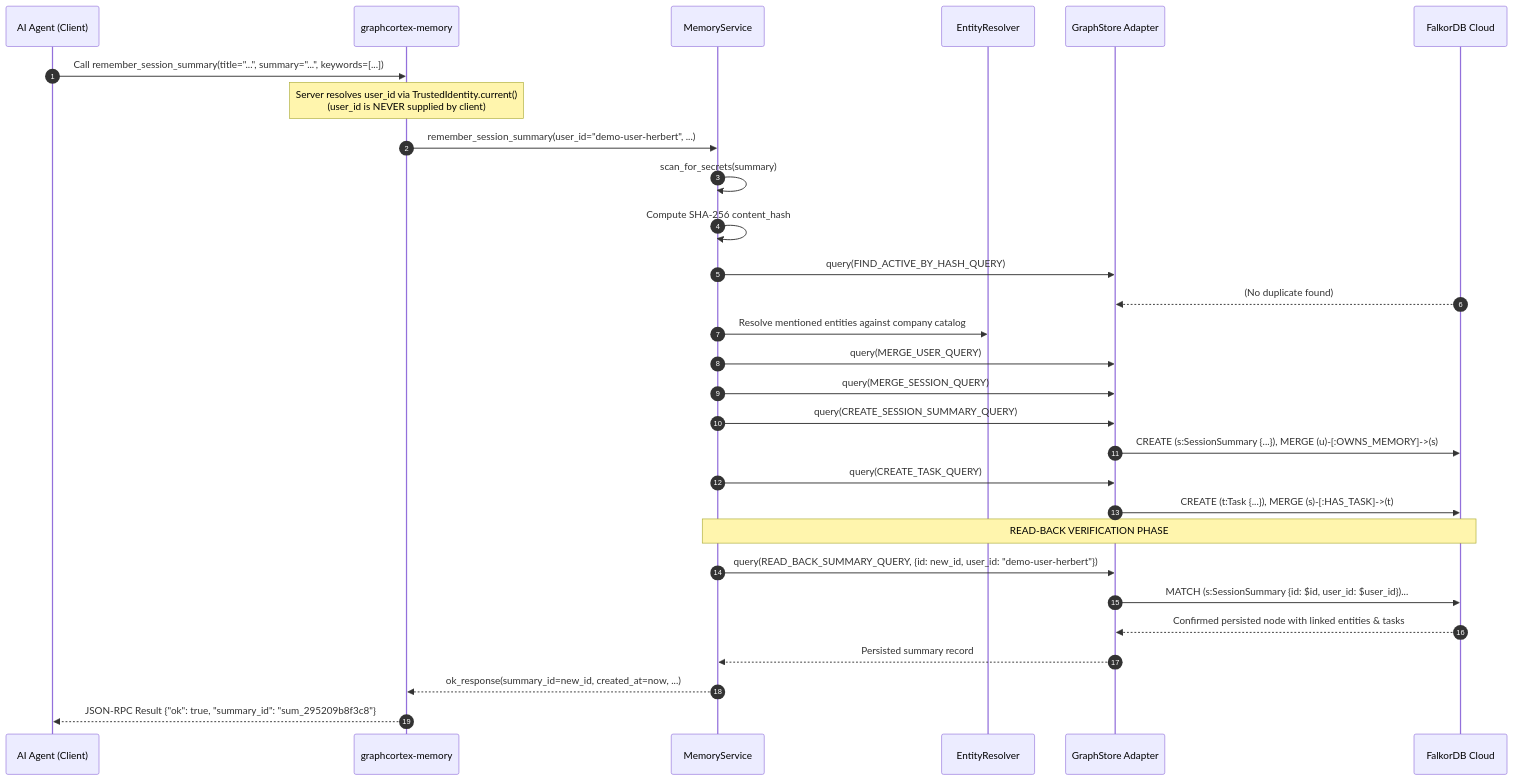
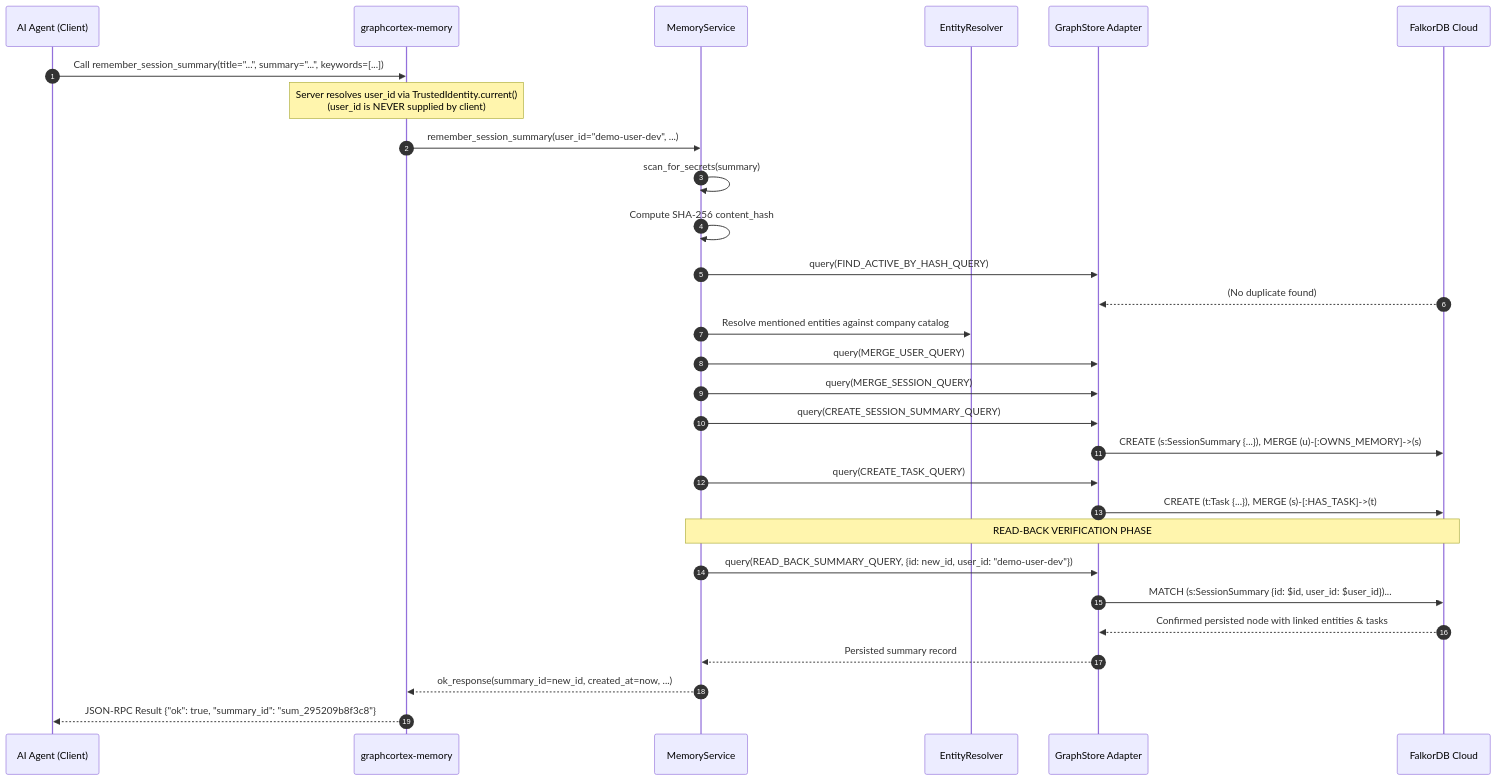
The third of 5 diagrams in ARCHITECTURE_CODE_FLOW.md (herbert-bevan/graph-cortex), drawn with Mermaid before and after one commit. The commit also changed other lines of this file and 13 other files, not shown here.

````diff
--- a/ARCHITECTURE_CODE_FLOW.md
+++ b/ARCHITECTURE_CODE_FLOW.md
@@ -534,34 +534,34 @@
 ```mermaid
 sequenceDiagram
   autonumber
   participant Agent as AI Agent (Client)
   participant MCP as graphcortex-memory
   participant Svc as MemoryService
   participant Resolver as EntityResolver
   participant Store as GraphStore Adapter
   participant DB as FalkorDB Cloud
 
   Agent->>MCP: Call remember_session_summary(title="...", summary="...", keywords=[...])
   Note over MCP: Server resolves user_id via TrustedIdentity.current()<br/>(user_id is NEVER supplied by client)
-  MCP->>Svc: remember_session_summary(user_id="demo-user-herbert", ...)
+  MCP->>Svc: remember_session_summary(user_id="demo-user-dev", ...)
   Svc->>Svc: scan_for_secrets(summary)
   Svc->>Svc: Compute SHA-256 content_hash
   Svc->>Store: query(FIND_ACTIVE_BY_HASH_QUERY)
   DB-->>Store: (No duplicate found)
   Svc->>Resolver: Resolve mentioned entities against company catalog
   Svc->>Store: query(MERGE_USER_QUERY)
   Svc->>Store: query(MERGE_SESSION_QUERY)
   Svc->>Store: query(CREATE_SESSION_SUMMARY_QUERY)
   Store->>DB: CREATE (s:SessionSummary {...}), MERGE (u)-[:OWNS_MEMORY]->(s)
   Svc->>Store: query(CREATE_TASK_QUERY)
   Store->>DB: CREATE (t:Task {...}), MERGE (s)-[:HAS_TASK]->(t)
   
   Note over Svc,DB: READ-BACK VERIFICATION PHASE
-  Svc->>Store: query(READ_BACK_SUMMARY_QUERY, {id: new_id, user_id: "demo-user-herbert"})
+  Svc->>Store: query(READ_BACK_SUMMARY_QUERY, {id: new_id, user_id: "demo-user-dev"})
   Store->>DB: MATCH (s:SessionSummary {id: $id, user_id: $user_id})...
   DB-->>Store: Confirmed persisted node with linked entities & tasks
   Store-->>Svc: Persisted summary record
   
   Svc-->>MCP: ok_response(summary_id=new_id, created_at=now, ...)
   MCP-->>Agent: JSON-RPC Result {"ok": true, "summary_id": "sum_295209b8f3c8"}
 ```
````
